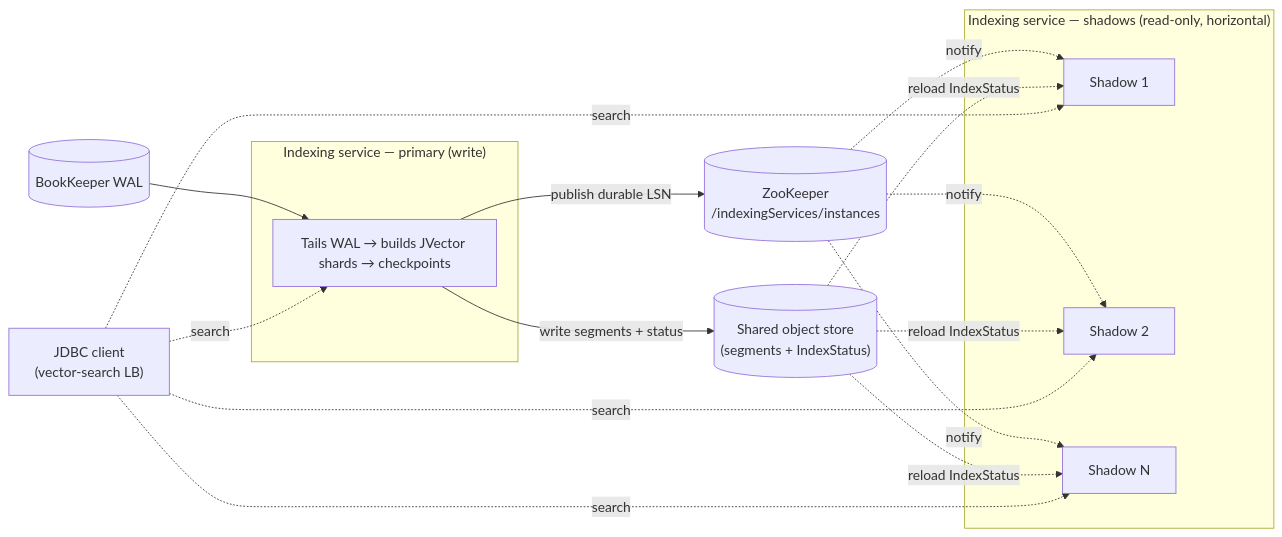
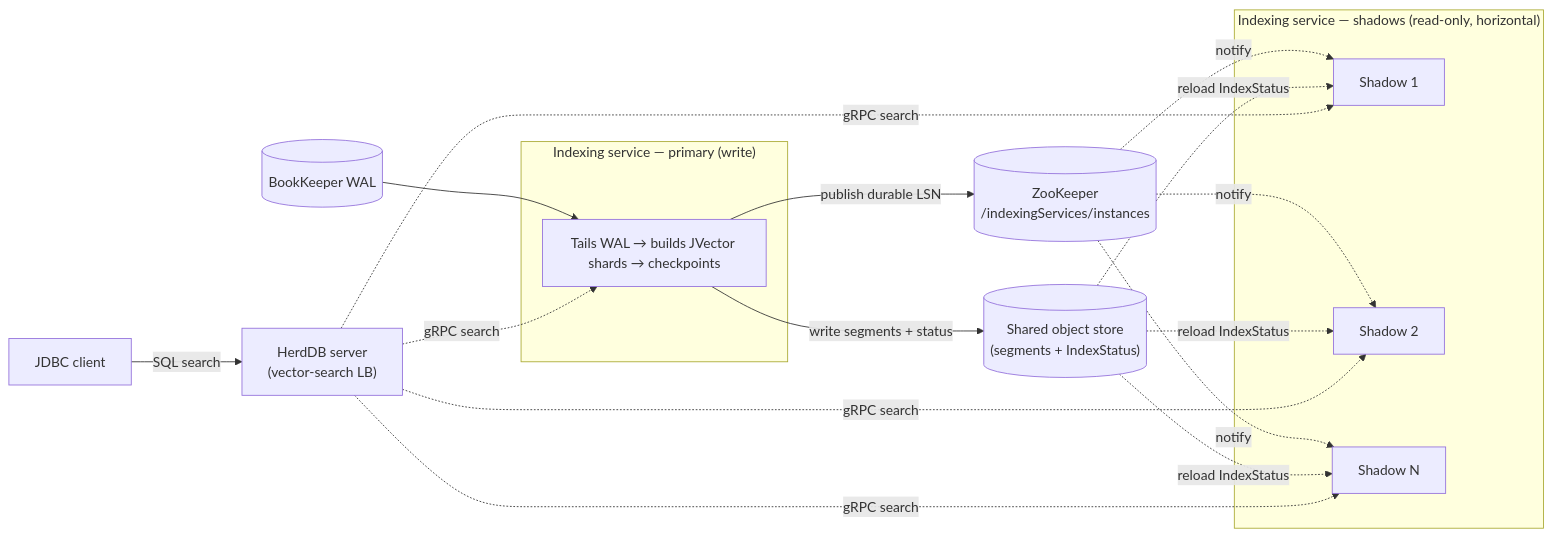
The fifth of 5 diagrams in README.md (eolivelli/herddb), drawn with Mermaid before and after one commit. The commit also changed other lines of this file, not shown here.

First line of the commit message:
README: fix vector-search LB attribution (server, not JDBC client)

````diff
--- a/README.md
+++ b/README.md
@@ -240,33 +242,35 @@
 ```mermaid
 flowchart LR
   WAL[("BookKeeper WAL")]
   ZK[("ZooKeeper<br/>/indexingServices/instances")]
   OBJ[("Shared object store<br/>(segments + IndexStatus)")]
 
   subgraph Primary["Indexing service — primary (write)"]
     P["Tails WAL → builds JVector shards → checkpoints"]
   end
 
   subgraph Shadows["Indexing service — shadows (read-only, horizontal)"]
     S1["Shadow 1"]
     S2["Shadow 2"]
     S3["Shadow N"]
   end
 
-  Client["JDBC client<br/>(vector-search LB)"]
+  JDBC["JDBC client"]
+  Server["HerdDB server<br/>(vector-search LB)"]
 
   WAL --> P
   P -->|write segments + status| OBJ
   P -->|publish durable LSN| ZK
   ZK -. notify .-> S1
   ZK -. notify .-> S2
   ZK -. notify .-> S3
   OBJ -. reload IndexStatus .-> S1
   OBJ -. reload IndexStatus .-> S2
   OBJ -. reload IndexStatus .-> S3
 
-  Client -. search .-> P
-  Client -. search .-> S1
-  Client -. search .-> S2
-  Client -. search .-> S3
+  JDBC -->|SQL search| Server
+  Server -. gRPC search .-> P
+  Server -. gRPC search .-> S1
+  Server -. gRPC search .-> S2
+  Server -. gRPC search .-> S3
 ```
````
